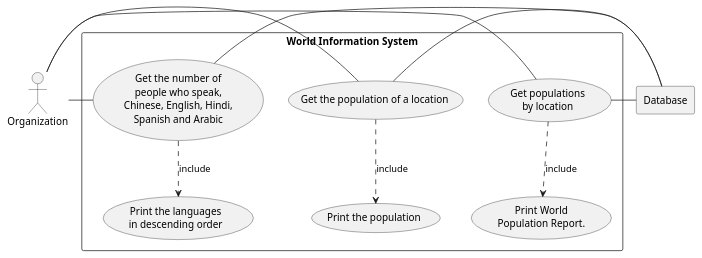
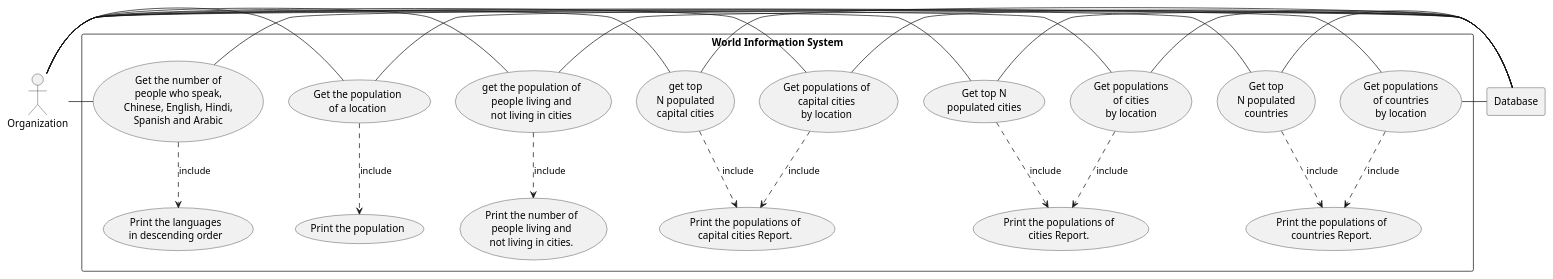
Before and after one commit to Kaelin-Walford/GroupProject: the diagram in use-cases/World-Information.puml, drawn with PlantUML.

Commit message:
Created the use case diagram

```diff
--- a/use-cases/World-Information.puml
+++ b/use-cases/World-Information.puml
@@ -1,34 +1,84 @@
 @startuml
 
 actor Organization as "Organization"
 
 rectangle Database
 
 rectangle "World Information System" {
     usecase UC1 as "Get populations
+    of countries
     by location"
-    usecase UC2 as "Get the population of a location"
-    usecase UC3 as "Get the number of
+    usecase UC2 as "Get top
+    N populated
+     countries"
+    usecase UC3 as "Get populations
+    of cities
+    by location"
+    usecase UC4 as "Get top N
+    populated cities"
+    usecase UC5 as "Get populations of
+    capital cities
+    by location"
+    usecase UC6 as "get top
+    N populated
+    capital cities"
+    usecase UC7 as "get the population of
+    people living and
+    not living in cities"
+    usecase UC8 as "Get the population
+    of a location"
+    usecase UC9 as "Get the number of
      people who speak,
      Chinese, English, Hindi,
       Spanish and Arabic"
-    usecase UCa as "Print World
-    Population Report."
+    usecase UCa as "Print the populations of
+    countries Report."
     usecase UCb as "Print the population"
     usecase UCc as "Print the languages
     in descending order"
+    usecase UCd as "Print the populations of
+    cities Report."
+    usecase UCe as "Print the populations of
+    capital cities Report."
+    usecase UCf as "Print the number of
+    people living and
+    not living in cities."
 
     Organization - UC1
     UC1 ..> UCa : include
     UC1 - Database
 
     Organization - UC2
-    UC2 ..> UCb : include
+    UC2 ..> UCa : include
     UC2 - Database
 
     Organization - UC3
-    UC3 ..> UCc : include
+    UC3 ..> UCd : include
     UC3 - Database
+
+    Organization - UC4
+    UC4 ..> UCd : include
+    UC4 - Database
+
+    Organization - UC5
+    UC5 ..> UCe : include
+    UC5 - Database
+
+    Organization - UC6
+    UC6 ..> UCe : include
+    UC6 - Database
+
+    Organization - UC7
+    UC7 ..> UCf : include
+    UC7 - Database
+
+    Organization - UC8
+    UC8 ..> UCb : include
+    UC8 - Database
+
+    Organization - UC9
+    UC9 ..> UCc : include
+    UC9 - Database
 }
 
 @enduml
```
